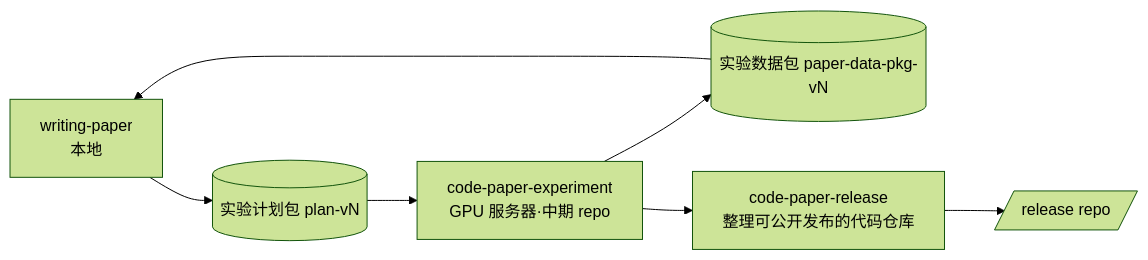
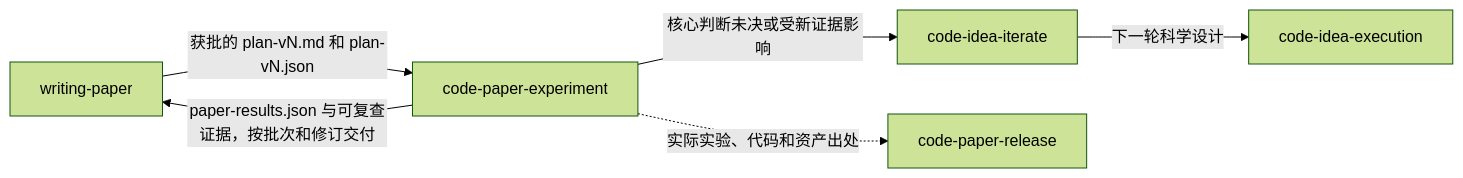
One commit to jackwang0108/dl-assistant changed the first of 2 diagrams in plugins/dl-assistant/skills/code-paper-experiment/SKILL.md. Above: the diagram before and after it, drawn with Mermaid (forest theme). The commit also changed other lines of this file and 28 other files, not shown here.

Commit message:
Align paper writing and experiment handoffs

````diff
--- a/plugins/dl-assistant/skills/code-paper-experiment/SKILL.md
+++ b/plugins/dl-assistant/skills/code-paper-experiment/SKILL.md
@@ -30,9 +12,8 @@
 ```mermaid
 flowchart LR
-    WP["writing-paper<br/>本地"] --> EPLAN[("实验计划包 plan-vN")]
-    EPLAN --> CPE["code-paper-experiment<br/>GPU 服务器·中期 repo"]
-    CPE --> OUT[("实验数据包 paper-data-pkg-vN")]
-    OUT --> WP
-    CPE --> REL["code-paper-release<br/>整理可公开发布的代码仓库"]
-    REL --> REPO[/release repo/]
+    WP["writing-paper"] -->|"获批的 plan-vN.md 和 plan-vN.json"| CPE["code-paper-experiment"]
+    CPE -->|"paper-results.json 与可复查证据，按批次和修订交付"| WP
+    CPE -->|"核心判断未决或受新证据影响"| IT["code-idea-iterate"]
+    IT -->|"下一轮科学设计"| EX["code-idea-execution"]
+    CPE -.->|"实际实验、代码和资产出处"| REL["code-paper-release"]
 ```
````
